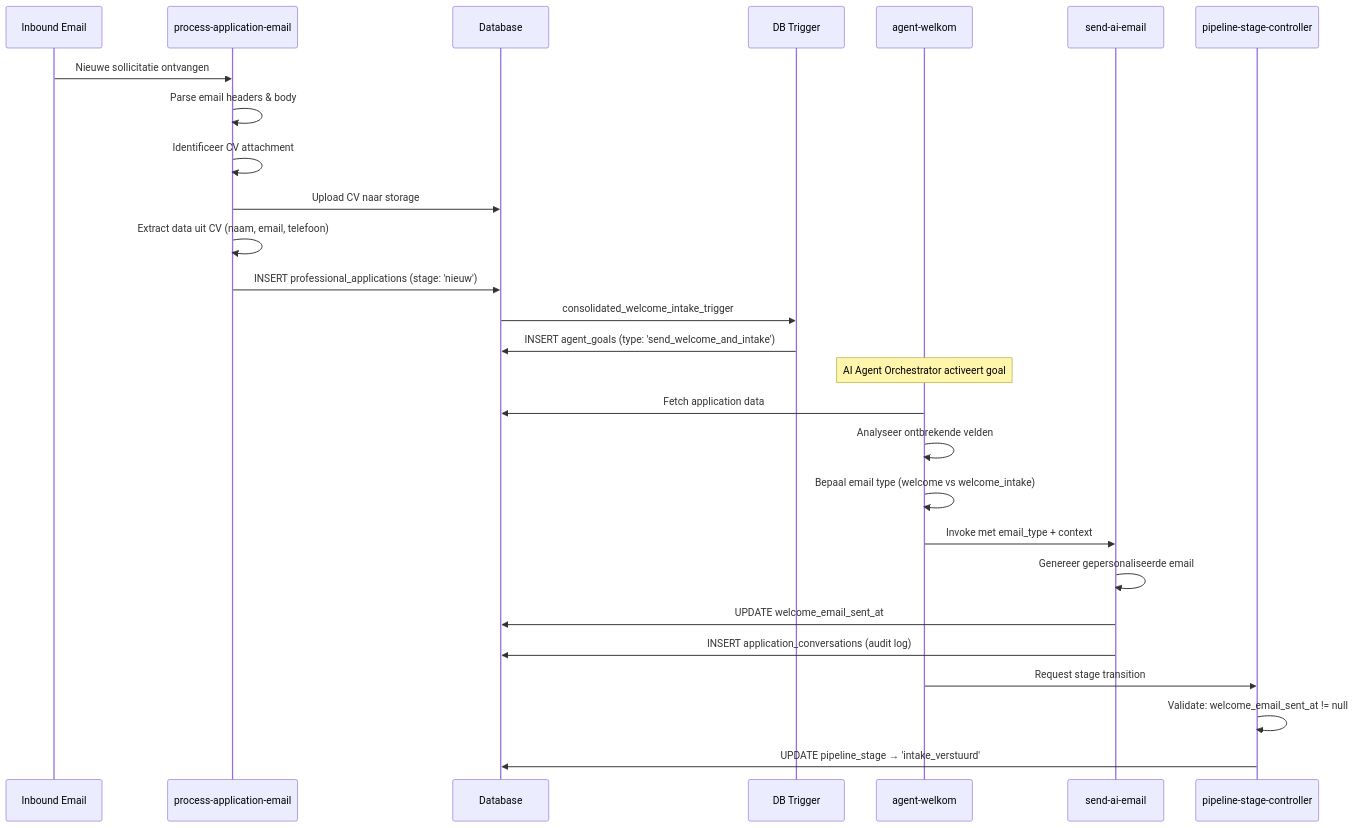
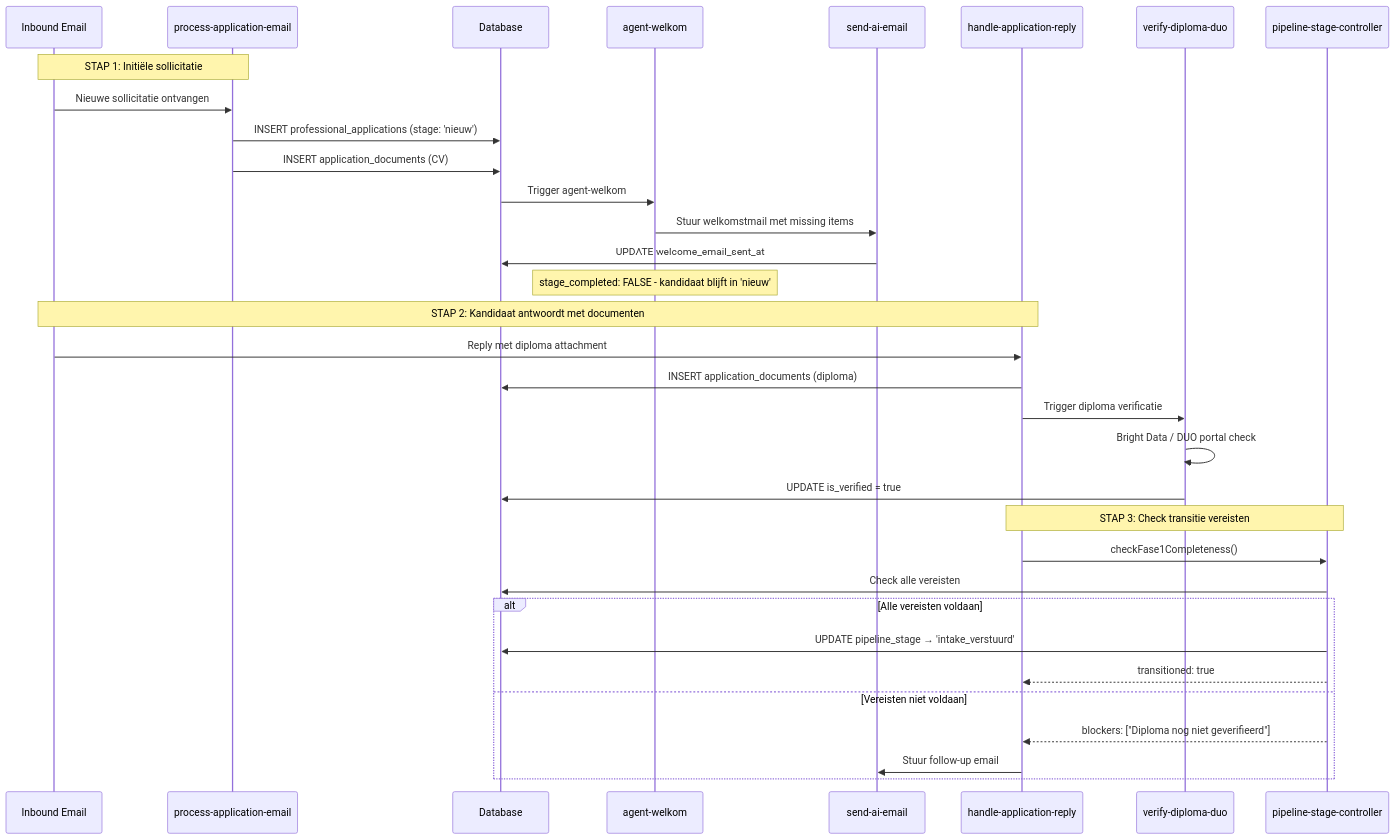
One commit to kreshnik120/taskmaster-nl changed the first of 5 diagrams in docs/AGENT_WORKFLOW_PER_STAGE.md. Above: the diagram before and after it, drawn with Mermaid. The commit also changed other lines of this file and 4 other files, not shown here.

````diff
--- a/docs/AGENT_WORKFLOW_PER_STAGE.md
+++ b/docs/AGENT_WORKFLOW_PER_STAGE.md
@@ -85,30 +104,38 @@
 ```mermaid
 sequenceDiagram
     participant Email as Inbound Email
     participant PAE as process-application-email
     participant DB as Database
-    participant Trigger as DB Trigger
     participant Welkom as agent-welkom
     participant SendEmail as send-ai-email
+    participant Reply as handle-application-reply
+    participant DUO as verify-diploma-duo
     participant PSC as pipeline-stage-controller
 
+    Note over Email,PAE: STAP 1: Initiële sollicitatie
     Email->>PAE: Nieuwe sollicitatie ontvangen
-    PAE->>PAE: Parse email headers & body
-    PAE->>PAE: Identificeer CV attachment
-    PAE->>DB: Upload CV naar storage
-    PAE->>PAE: Extract data uit CV (naam, email, telefoon)
     PAE->>DB: INSERT professional_applications (stage: 'nieuw')
-    DB->>Trigger: consolidated_welcome_intake_trigger
-    Trigger->>DB: INSERT agent_goals (type: 'send_welcome_and_intake')
-    Note over Welkom: AI Agent Orchestrator activeert goal
-    Welkom->>DB: Fetch application data
-    Welkom->>Welkom: Analyseer ontbrekende velden
-    Welkom->>Welkom: Bepaal email type (welcome vs welcome_intake)
-    Welkom->>SendEmail: Invoke met email_type + context
-    SendEmail->>SendEmail: Genereer gepersonaliseerde email
+    PAE->>DB: INSERT application_documents (CV)
+    DB->>Welkom: Trigger agent-welkom
+    Welkom->>SendEmail: Stuur welkomstmail met missing items
     SendEmail->>DB: UPDATE welcome_email_sent_at
-    SendEmail->>DB: INSERT application_conversations (audit log)
-    Welkom->>PSC: Request stage transition
-    PSC->>PSC: Validate: welcome_email_sent_at != null
-    PSC->>DB: UPDATE pipeline_stage → 'intake_verstuurd'
+    Note over Welkom: stage_completed: FALSE - kandidaat blijft in 'nieuw'
+
+    Note over Email,Reply: STAP 2: Kandidaat antwoordt met documenten
+    Email->>Reply: Reply met diploma attachment
+    Reply->>DB: INSERT application_documents (diploma)
+    Reply->>DUO: Trigger diploma verificatie
+    DUO->>DUO: Bright Data / DUO portal check
+    DUO->>DB: UPDATE is_verified = true
+    
+    Note over Reply,PSC: STAP 3: Check transitie vereisten
+    Reply->>PSC: checkFase1Completeness()
+    PSC->>DB: Check alle vereisten
+    alt Alle vereisten voldaan
+        PSC->>DB: UPDATE pipeline_stage → 'intake_verstuurd'
+        PSC-->>Reply: transitioned: true
+    else Vereisten niet voldaan
+        PSC-->>Reply: blockers: ["Diploma nog niet geverifieerd"]
+        Reply->>SendEmail: Stuur follow-up email
+    end
 ```
````
